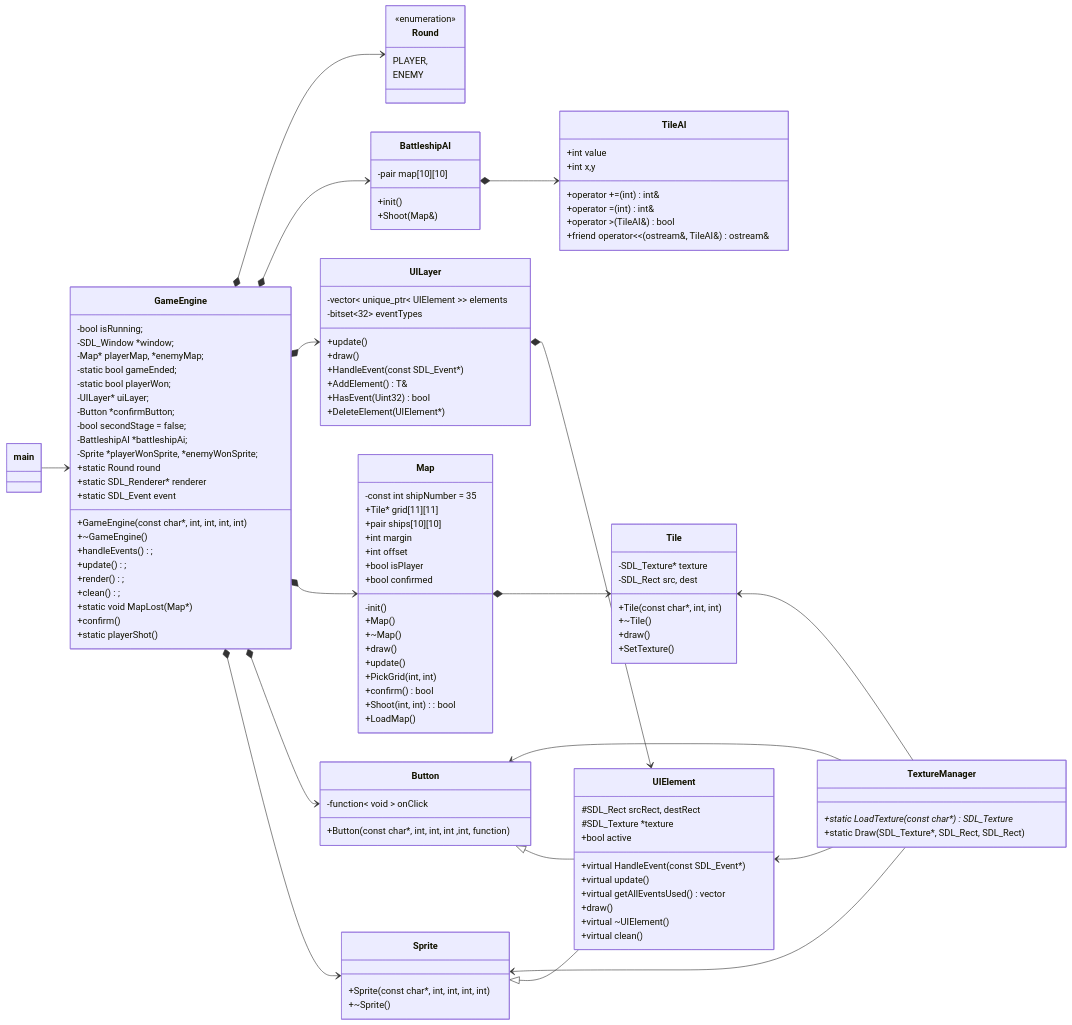
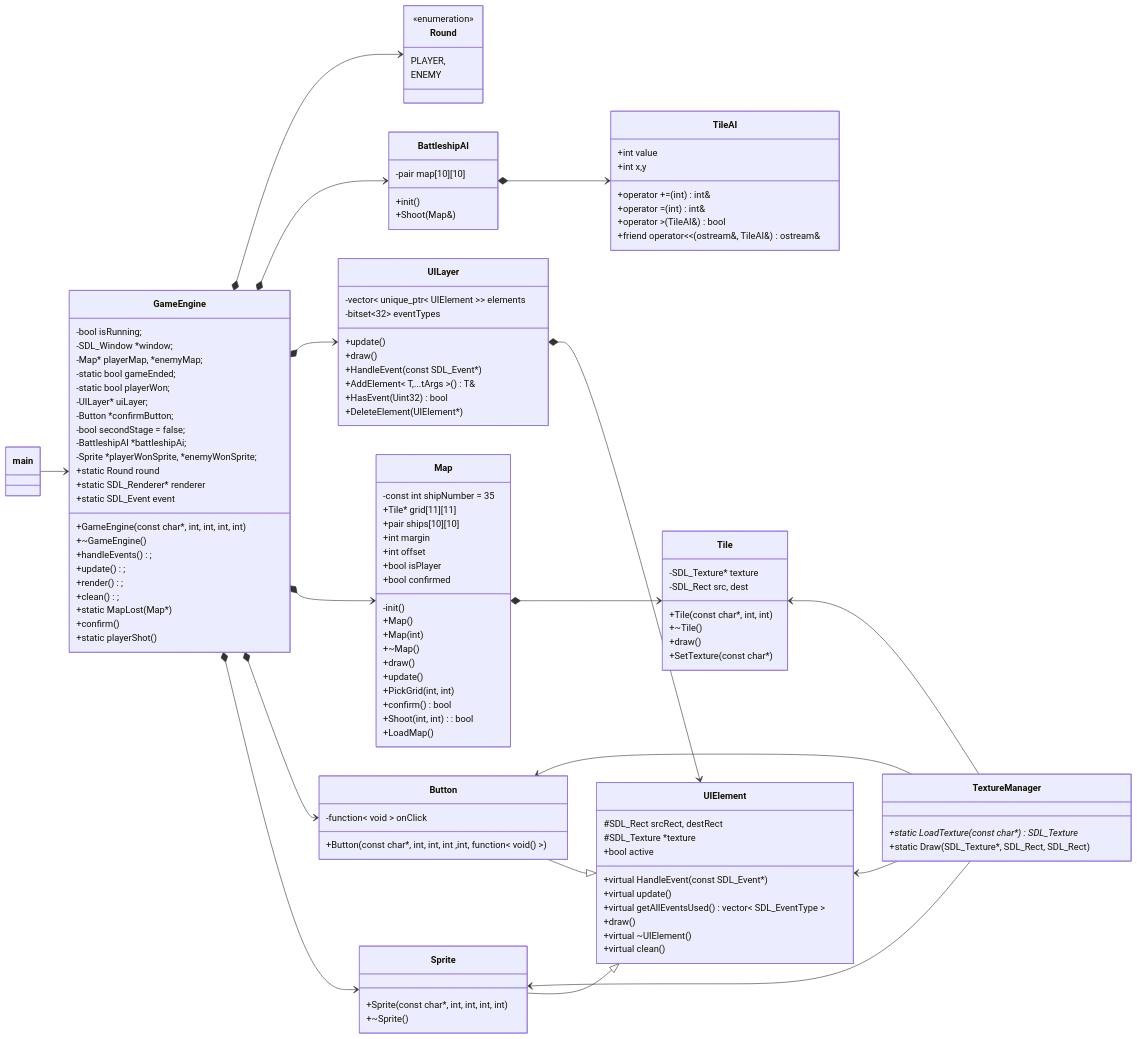
One commit to MainSkown/Battleships changed the diagram in ULM.md. Above: the diagram before and after it, drawn with Mermaid. The commit also changed 1 other file, not shown here.

Commit message:
Fixes in ULM

````diff
--- a/ULM.md
+++ b/ULM.md
@@ -4,5 +4,5 @@
 ```mermaid
-classDiagram 
+classDiagram
 direction LR
 
 main --> GameEngine
@@ -22,13 +22,13 @@
 BattleshipAI *--> TileAI
 Map *--> Tile
 
-Button <|-- UIElement
-Sprite <|-- UIElement
+Button --|> UIElement
+Sprite --|> UIElement
 
 UILayer *--> UIElement
 
 class GameEngine{
-    
+
     -bool isRunning;
     -SDL_Window *window;
     -Map* playerMap, *enemyMap;
@@ -50,30 +50,30 @@
 
     +static SDL_Renderer* renderer
     +static SDL_Event event
-    +static void MapLost(Map*)
+    +static MapLost(Map*)
     +confirm()
     +static playerShot()
 }
 
 class Round{
-    <<enumeration>>
-    PLAYER,
-    ENEMY
+<<enumeration>>
+PLAYER,
+ENEMY
 }
 
 class Tile{
-    -SDL_Texture* texture
-    -SDL_Rect src, dest
+-SDL_Texture* texture
+-SDL_Rect src, dest
 
     +Tile(const char*, int, int)
     +~Tile()
     +draw()
-    +SetTexture()
+    +SetTexture(const char*)
 }
 
 class Map{
-    -const int shipNumber = 35
-    -init()
+-const int shipNumber = 35
+-init()
 
     +Tile* grid[11][11]
     +pair<bool,bool> ships[10][10]
@@ -83,6 +83,7 @@
     +bool isPlayer
     +bool confirmed
     +Map()
+    +Map(int)
     +~Map()
     +draw()
     +update()
@@ -93,57 +94,57 @@
 }
 
 class TextureManager{
-    +static LoadTexture(const char*) SDL_Texture*
-    +static Draw(SDL_Texture*, SDL_Rect, SDL_Rect)
++static LoadTexture(const char*) SDL_Texture*
++static Draw(SDL_Texture*, SDL_Rect, SDL_Rect)
 }
 
 class TileAI{
-    +int value
-    +int x,y
-    +operator +=(int) int&
-    +operator =(int) int&
-    +operator >(TileAI&) bool
-    +friend operator<<(ostream&, TileAI&) ostream&
++int value
++int x,y
++operator +=(int) int&
++operator =(int) int&
++operator >(TileAI&) bool
++friend operator<<(ostream&, TileAI&) ostream&
 }
 
 class BattleshipAI{
-    -pair<bool, bool> map[10][10]
+-pair<bool, bool> map[10][10]
 
     +init()
     +Shoot(Map&)
 }
 
 class UIElement{
-    #SDL_Rect srcRect, destRect
-    #SDL_Texture *texture
-    +bool active
-    +virtual HandleEvent(const SDL_Event*)
-    +virtual update()
-    +virtual getAllEventsUsed() vector<SDL_EventType>
-    +draw()
-    +virtual ~UIElement()
-    +virtual clean()
+#SDL_Rect srcRect, destRect
+#SDL_Texture *texture
++bool active
++virtual HandleEvent(const SDL_Event*)
++virtual update()
++virtual getAllEventsUsed() vector< SDL_EventType >
++draw()
++virtual ~UIElement()
++virtual clean()
 }
 
 class UILayer{
-    -vector< unique_ptr< UIElement >> elements
-    -bitset<32> eventTypes
+-vector< unique_ptr< UIElement >> elements
+-bitset<32> eventTypes
 
     +update()
     +draw()
     +HandleEvent(const SDL_Event*)    
-    +AddElement<T,...tArgs>() T&
+    +AddElement< T,...tArgs >() T&
     +HasEvent(Uint32) bool
     +DeleteElement(UIElement*)
 }
 
 class Sprite{
-    +Sprite(const char*, int, int, int, int)
-    +~Sprite()
++Sprite(const char*, int, int, int, int)
++~Sprite()
 }
 
 class Button{
-    -function< void > onClick
-    +Button(const char*, int, int, int ,int, function<void()>)
+-function< void > onClick
++Button(const char*, int, int, int ,int, function< void() >)
 }
 ```
````
